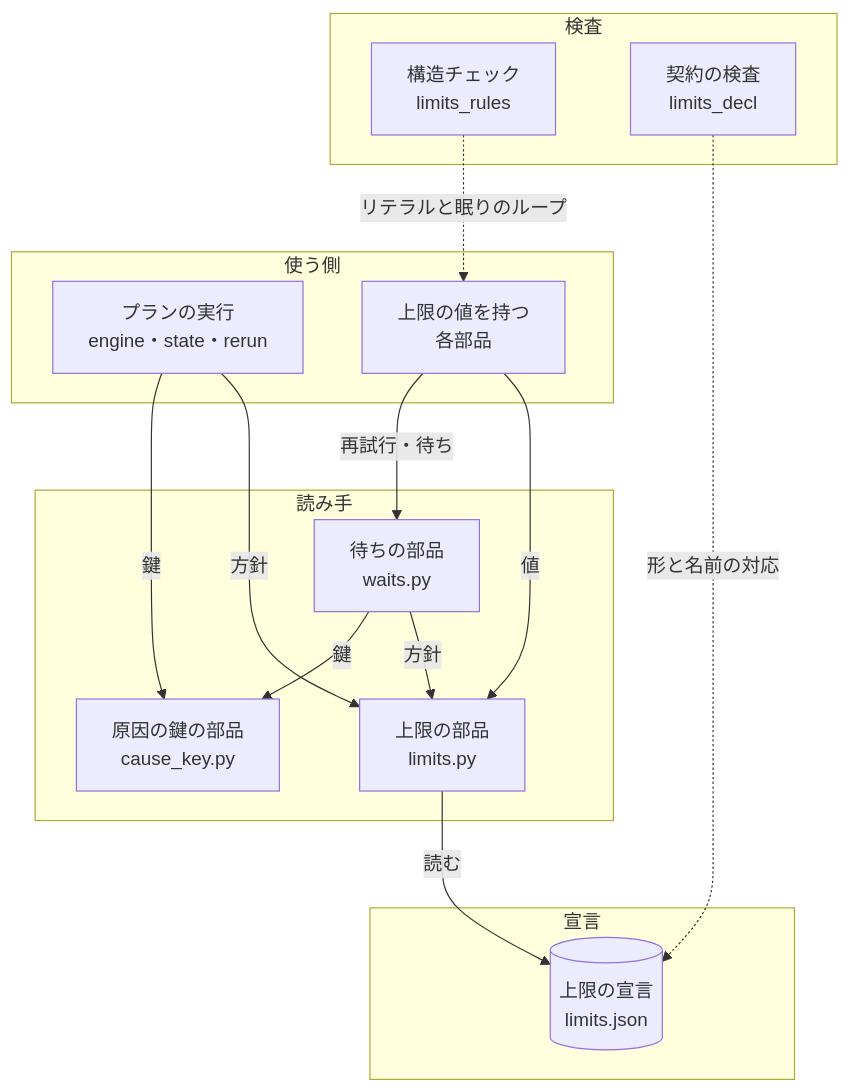
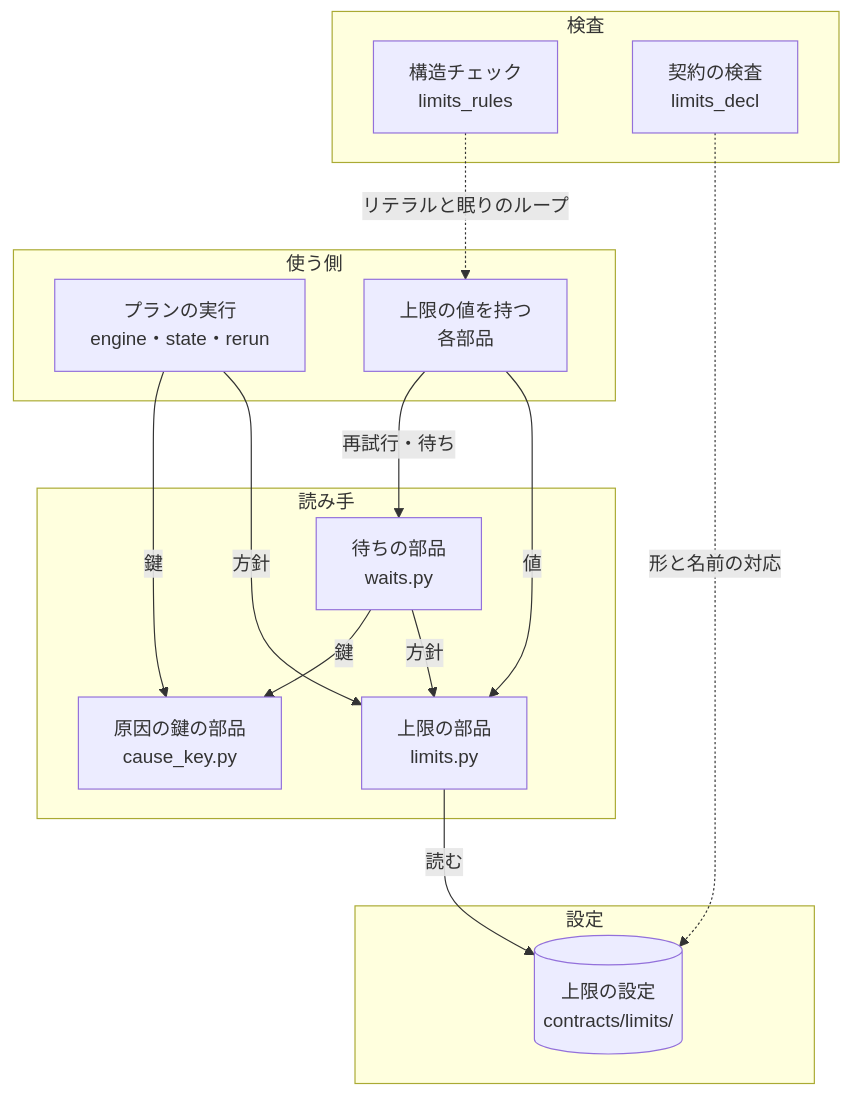
The first of 3 diagrams in docs/specifications/ndf-limits-declaration-and-retry-policy.md (devbasex/ai-plugins), drawn with Mermaid before and after one commit. The commit also changed other lines of this file and 36 other files, not shown here.

````diff
--- a/docs/specifications/ndf-limits-declaration-and-retry-policy.md
+++ b/docs/specifications/ndf-limits-declaration-and-retry-policy.md
@@ -102,28 +102,28 @@
 ```mermaid
 graph TD
-    subgraph 宣言
-        D[(上限の宣言<br/>limits.json)]
+    subgraph 設定
+        D[(上限の設定<br/>contracts/limits/)]
     end
     subgraph 読み手
         L[上限の部品<br/>limits.py]
         K[原因の鍵の部品<br/>cause_key.py]
         W[待ちの部品<br/>waits.py]
     end
     subgraph 使う側
         E[プランの実行<br/>engine・state・rerun]
         O[上限の値を持つ<br/>各部品]
     end
     subgraph 検査
         S[構造チェック<br/>limits_rules]
         C[契約の検査<br/>limits_decl]
     end
     L -->|読む| D
     W -->|方針| L
     W -->|鍵| K
     E -->|方針| L
     E -->|鍵| K
     O -->|値| L
     O -->|再試行・待ち| W
     S -.->|リテラルと眠りのループ| O
     C -.->|形と名前の対応| D
 ```
````
